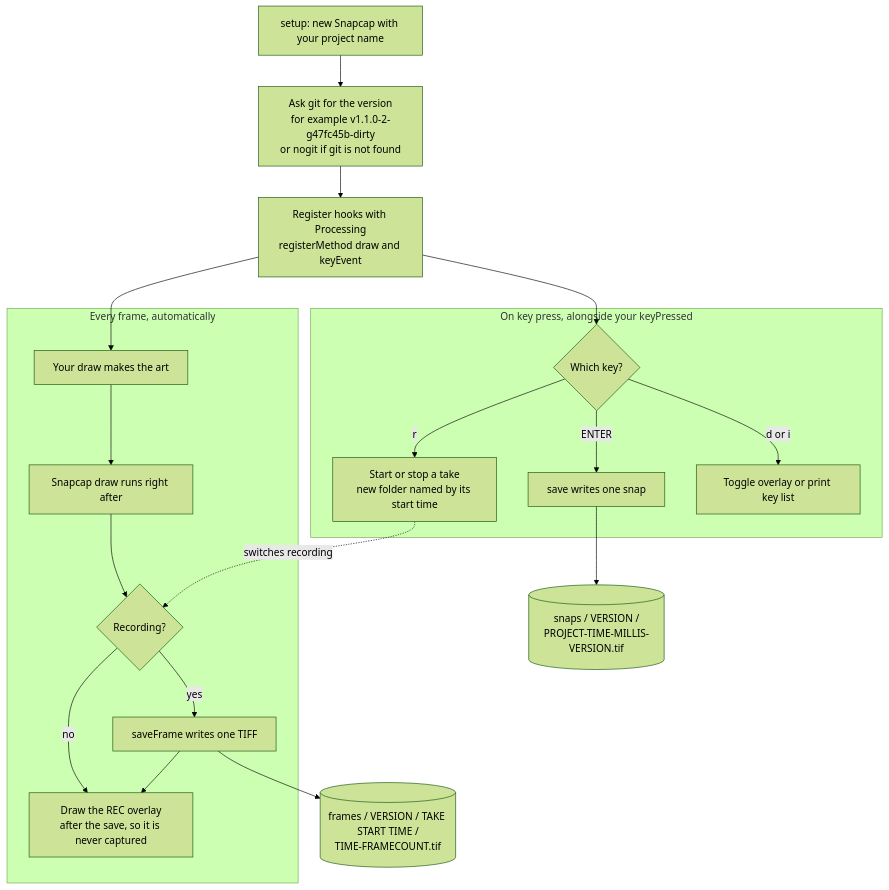
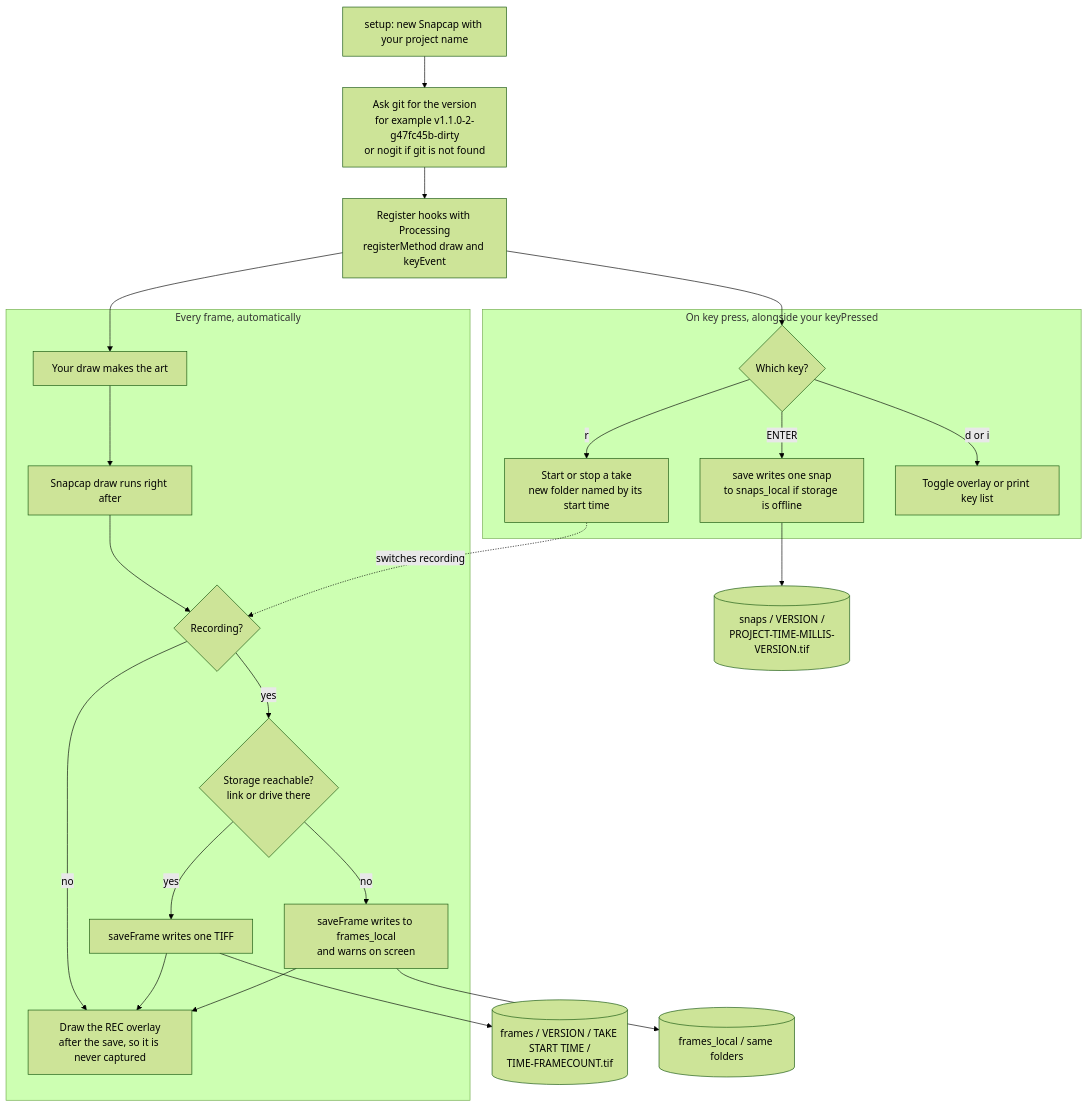
Before and after one commit to jaycody/snapcap: the diagram in docs/diagrams/how-it-works.mmd, drawn with Mermaid (forest theme). The commit also changed 12 other files, not shown here.

First line of the commit message:
Fall back to local folders when the storage drive is unplugged

```diff
--- a/docs/diagrams/how-it-works.mmd
+++ b/docs/diagrams/how-it-works.mmd
@@ -1,25 +1,29 @@
 flowchart TD
     A["setup: new Snapcap with your project name"] --> G["Ask git for the version<br/>for example v1.1.0-2-g47fc45b-dirty<br/>or nogit if git is not found"]
     G --> R["Register hooks with Processing<br/>registerMethod draw and keyEvent"]
 
     subgraph EVERY ["Every frame, automatically"]
         D1["Your draw makes the art"] --> D2["Snapcap draw runs right after"]
         D2 --> Q{"Recording?"}
-        Q -->|yes| SF["saveFrame writes one TIFF"]
+        Q -->|yes| ST{"Storage reachable?<br/>link or drive there"}
+        ST -->|yes| SF["saveFrame writes one TIFF"]
+        ST -->|no| SL["saveFrame writes to frames_local<br/>and warns on screen"]
         Q -->|no| OV["Draw the REC overlay<br/>after the save, so it is never captured"]
         SF --> OV
+        SL --> OV
     end
 
     subgraph KEYS ["On key press, alongside your keyPressed"]
         K{"Which key?"}
         K -->|r| T["Start or stop a take<br/>new folder named by its start time"]
-        K -->|ENTER| S["save writes one snap"]
+        K -->|ENTER| S["save writes one snap<br/>to snaps_local if storage is offline"]
         K -->|d or i| H["Toggle overlay or print key list"]
     end
 
     R --> D1
     R --> K
     T -.->|switches recording| Q
 
     SF --> FR[("frames / VERSION / TAKE START TIME /<br/>TIME-FRAMECOUNT.tif")]
+    SL --> FL[("frames_local / same folders")]
     S --> SN[("snaps / VERSION /<br/>PROJECT-TIME-MILLIS-VERSION.tif")]
```
